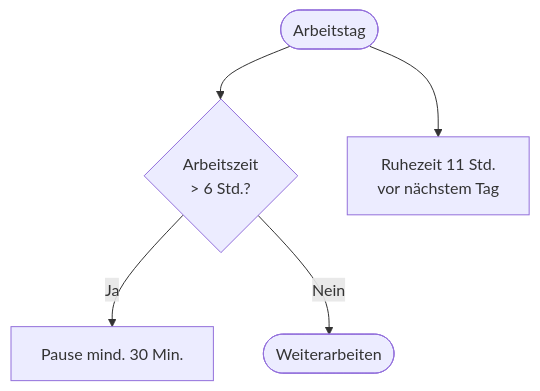
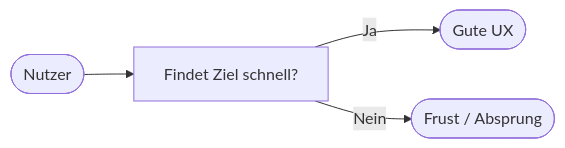
Before and after one commit to Qualidy/M5.4a-Program-CMS---Install-Konfig-FIAE-: the second of 3 diagrams in docs/content/kapitel7.md, drawn with Mermaid. The commit also changed other lines of this file and 105 other files, not shown here.

````diff
--- a/docs/content/kapitel7.md
+++ b/docs/content/kapitel7.md
@@ -71,7 +113,6 @@
 ```mermaid
-flowchart TD
-    A([Arbeitstag]) --> B{Arbeitszeit\n> 6 Std.?}
-    B -->|Ja| C[Pause mind. 30 Min.]
-    B -->|Nein| D([Weiterarbeiten])
-    A --> E[Ruhezeit 11 Std.\nvor nächstem Tag]
+flowchart LR
+    U([Nutzer]) --> N[Findet Ziel schnell?]
+    N -->|Ja| G([Gute UX])
+    N -->|Nein| B([Frust / Absprung])
 ```
````
